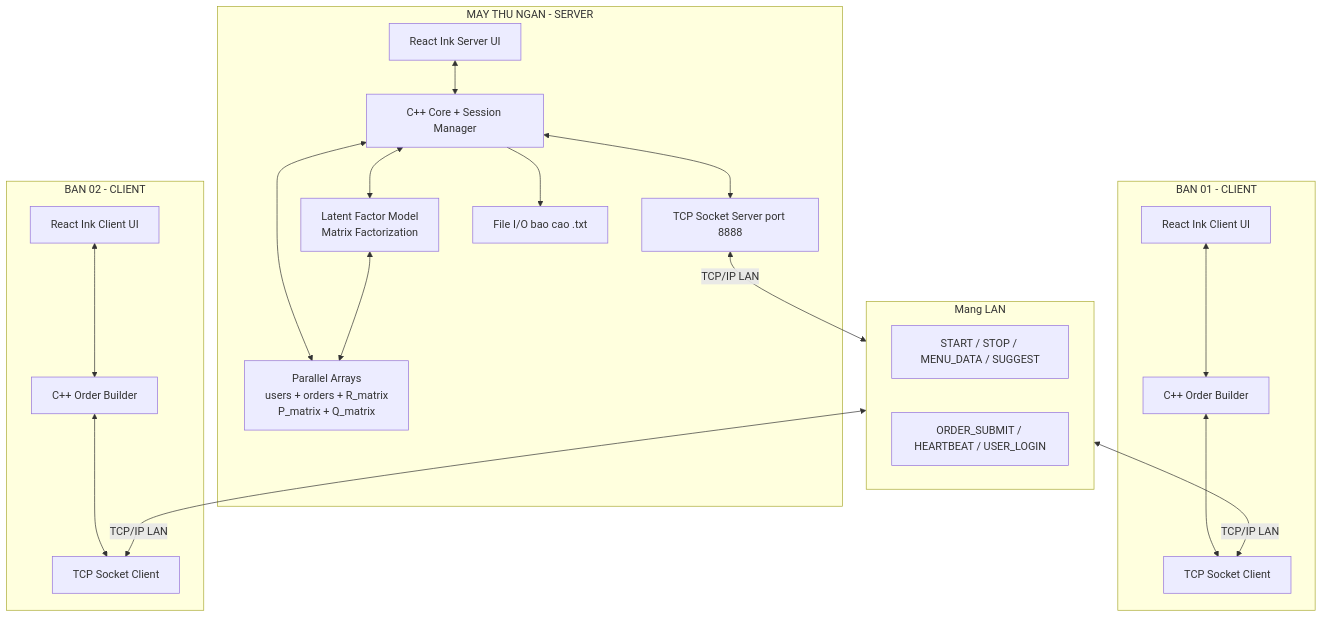
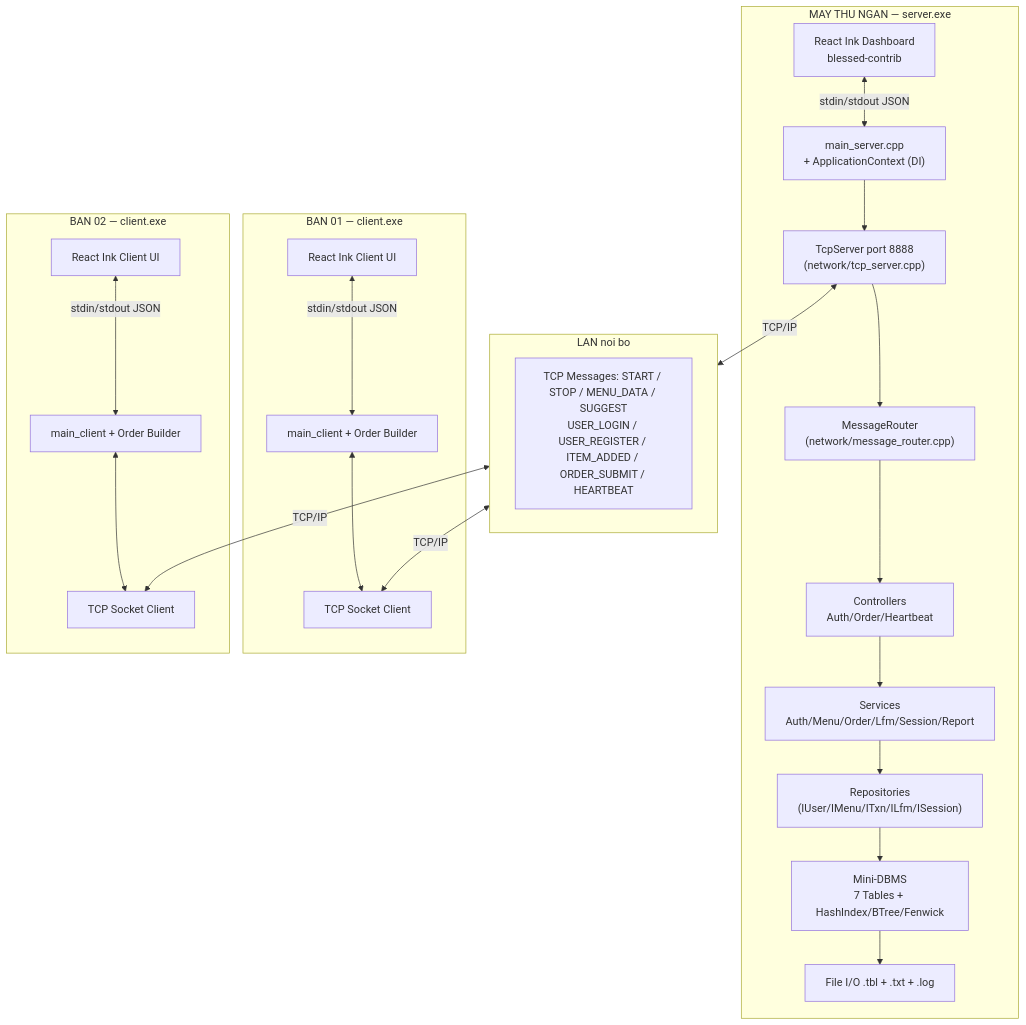
The first of 3 diagrams in .claude/knowledge/10-architecture.md (qchien643/pbl1_recommendation_system_using_lantent_factor), drawn with Mermaid before and after one commit. The commit also changed other lines of this file and 126 other files, not shown here.

````diff
--- a/.claude/knowledge/10-architecture.md
+++ b/.claude/knowledge/10-architecture.md
@@ -7,43 +5,47 @@
 ```mermaid
 graph TB
-    subgraph SERVER["MAY THU NGAN - SERVER"]
-        S_UI["React Ink Server UI"]
-        S_CORE["C++ Core + Session Manager"]
-        S_SOCKET["TCP Socket Server port 8888"]
-        S_LFM["Latent Factor Model\nMatrix Factorization"]
-        S_FILE["File I/O bao cao .txt"]
-        S_DATA["Parallel Arrays\nusers + orders + R_matrix\nP_matrix + Q_matrix"]
+    subgraph SERVER["MAY THU NGAN — server.exe"]
+        SU["React Ink Dashboard<br/>blessed-contrib"]
+        SC["main_server.cpp<br/>+ ApplicationContext (DI)"]
+        SN["TcpServer port 8888<br/>(network/tcp_server.cpp)"]
+        SR["MessageRouter<br/>(network/message_router.cpp)"]
+        SCT["Controllers<br/>Auth/Order/Heartbeat"]
+        SS["Services<br/>Auth/Menu/Order/Lfm/Session/Report"]
+        SREP["Repositories<br/>(IUser/IMenu/ITxn/ILfm/ISession)"]
+        SDB["Mini-DBMS<br/>7 Tables + HashIndex/BTree/Fenwick"]
+        SF["File I/O .tbl + .txt + .log"]
 
-        S_UI <--> S_CORE
-        S_CORE <--> S_SOCKET
-        S_CORE <--> S_DATA
-        S_CORE <--> S_LFM
-        S_CORE --> S_FILE
-        S_LFM <--> S_DATA
+        SU <-->|"stdin/stdout JSON"| SC
+        SC --> SN
+        SN --> SR
+        SR --> SCT
+        SCT --> SS
+        SS --> SREP
+        SREP --> SDB
+        SDB --> SF
     end
 
-    subgraph NET["Mang LAN"]
-        MSG1["START / STOP / MENU_DATA / SUGGEST"]
-        MSG2["ORDER_SUBMIT / HEARTBEAT / USER_LOGIN"]
+    subgraph NET["LAN noi bo"]
+        MSG["TCP Messages: START / STOP / MENU_DATA / SUGGEST<br/>USER_LOGIN / USER_REGISTER / ITEM_ADDED / ORDER_SUBMIT / HEARTBEAT"]
     end
 
-    subgraph C1["BAN 01 - CLIENT"]
-        C1_UI["React Ink Client UI"]
-        C1_CORE["C++ Order Builder"]
-        C1_SOCK["TCP Socket Client"]
-        C1_UI <--> C1_CORE
-        C1_CORE <--> C1_SOCK
+    subgraph C1["BAN 01 — client.exe"]
+        C1U[React Ink Client UI]
+        C1C[main_client + Order Builder]
+        C1S[TCP Socket Client]
+        C1U <-->|"stdin/stdout JSON"| C1C
+        C1C <--> C1S
     end
 
-    subgraph C2["BAN 02 - CLIENT"]
-        C2_UI["React Ink Client UI"]
-        C2_CORE["C++ Order Builder"]
-        C2_SOCK["TCP Socket Client"]
-        C2_UI <--> C2_CORE
-        C2_CORE <--> C2_SOCK
+    subgraph C2["BAN 02 — client.exe"]
+        C2U[React Ink Client UI]
+        C2C[main_client + Order Builder]
+        C2S[TCP Socket Client]
+        C2U <-->|"stdin/stdout JSON"| C2C
+        C2C <--> C2S
     end
 
-    S_SOCKET <-->|TCP/IP LAN| NET
-    NET <-->|TCP/IP LAN| C1_SOCK
-    NET <-->|TCP/IP LAN| C2_SOCK
+    SN <-->|"TCP/IP"| NET
+    NET <-->|"TCP/IP"| C1S
+    NET <-->|"TCP/IP"| C2S
 ```
````
